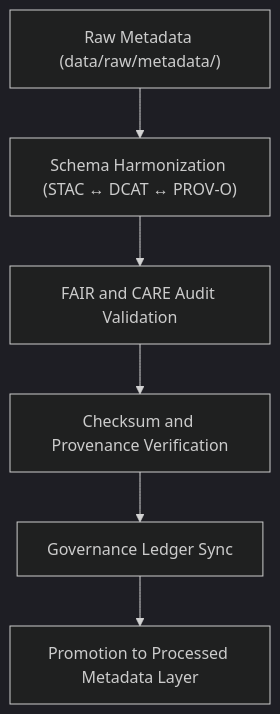
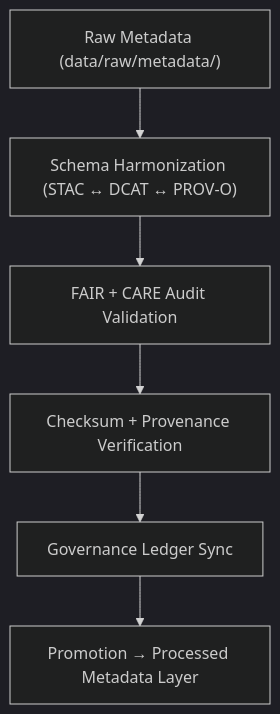
Before and after one commit to bartytime4life/Kansas-Frontier-Matrix: the diagram in data/work/staging/metadata/README.md, drawn with Mermaid (dark theme). The commit also changed other lines of this file, not shown here.

````diff
--- a/data/work/staging/metadata/README.md
+++ b/data/work/staging/metadata/README.md
@@ -74,8 +75,8 @@
 ```mermaid
 flowchart TD
     A["Raw Metadata (data/raw/metadata/)"] --> B["Schema Harmonization (STAC ↔ DCAT ↔ PROV-O)"]
-    B --> C["FAIR and CARE Audit Validation"]
-    C --> D["Checksum and Provenance Verification"]
+    B --> C["FAIR + CARE Audit Validation"]
+    C --> D["Checksum + Provenance Verification"]
     D --> E["Governance Ledger Sync"]
-    E --> F["Promotion to Processed Metadata Layer"]
+    E --> F["Promotion → Processed Metadata Layer"]
 ```
````
